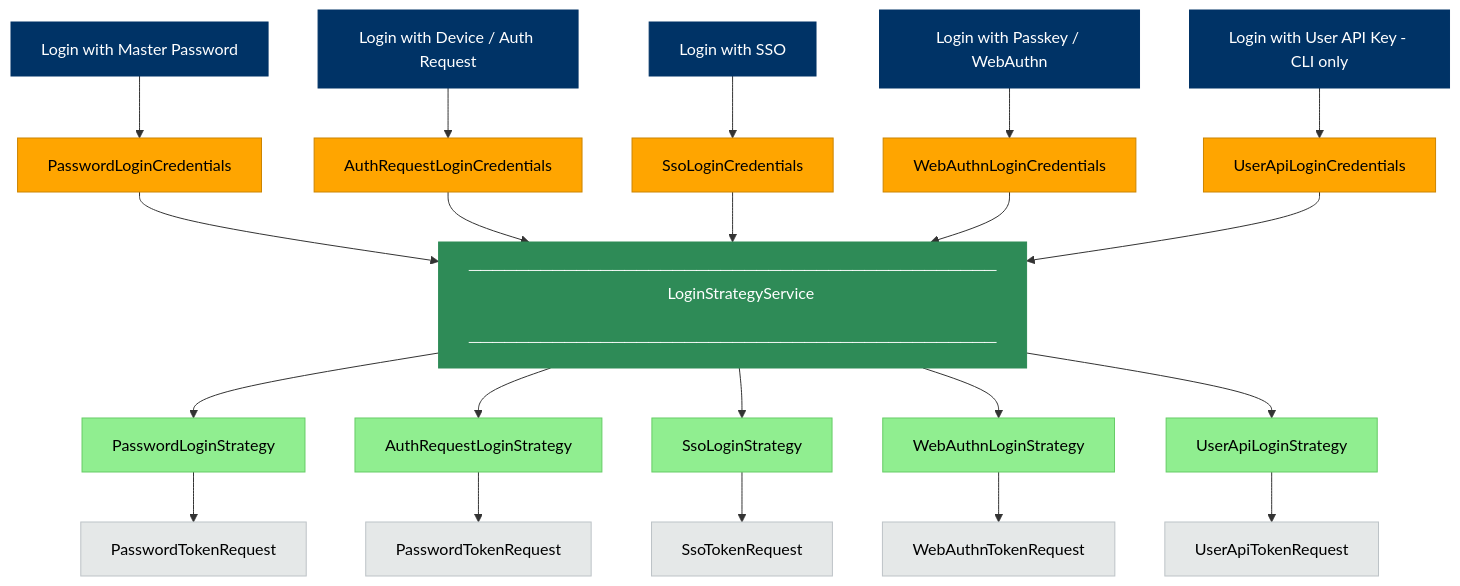
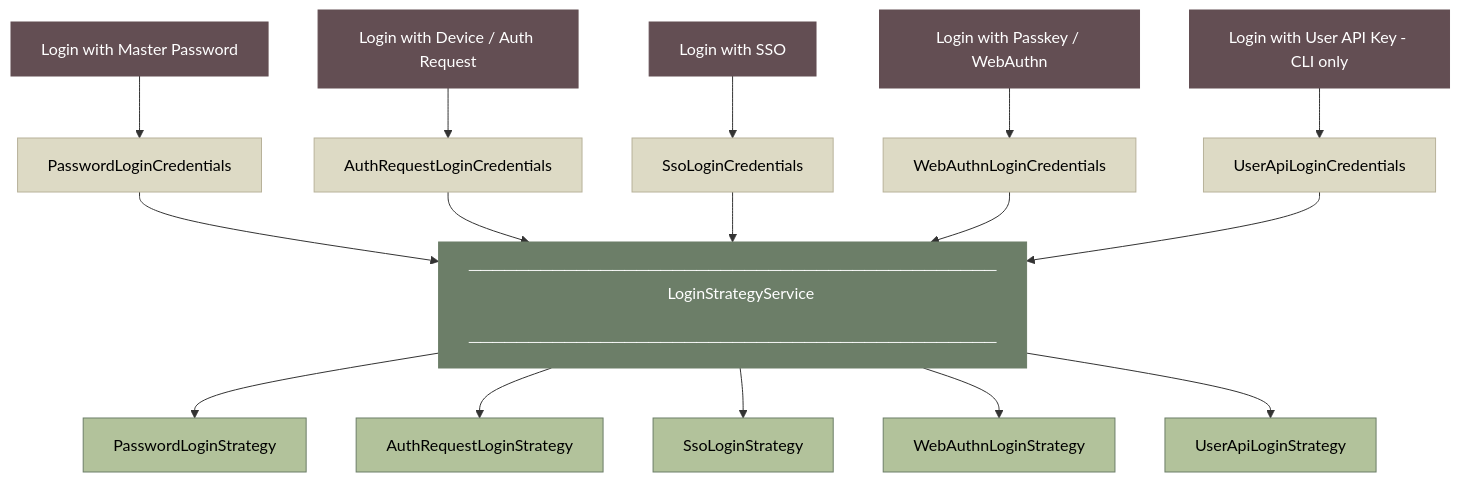
Before and after one commit to mort666/bw-clients: the first of 2 diagrams in libs/auth/src/common/login-strategies/README.md, drawn with Mermaid. The commit also changed other lines of this file and 1 other file, not shown here.

Commit message:
update diagrams and docs

````diff
--- a/libs/auth/src/common/login-strategies/README.md
+++ b/libs/auth/src/common/login-strategies/README.md
@@ -116,13 +117,6 @@
     D4[WebAuthnLoginStrategy]
     D5[UserApiLoginStrategy]
 
-    %% Fifth row: Token Request objects
-    E1[PasswordTokenRequest]
-    E2[PasswordTokenRequest]
-    E3[SsoTokenRequest]
-    E4[WebAuthnTokenRequest]
-    E5[UserApiTokenRequest]
-
     %% Align rows and arrows
     A1 --> B1
     A2 --> B2
@@ -142,40 +136,27 @@
     C --> D4
     C --> D5
 
-    D1 --> E1
-    D2 --> E2
-    D3 --> E3
-    D4 --> E4
-    D5 --> E5
+    %% Style login method boxes (#634E53 deep plum, white text)
+    style A1 fill:#634E53,stroke:#634E53,color:#FFFFFF
+    style A2 fill:#634E53,stroke:#634E53,color:#FFFFFF
+    style A3 fill:#634E53,stroke:#634E53,color:#FFFFFF
+    style A4 fill:#634E53,stroke:#634E53,color:#FFFFFF
+    style A5 fill:#634E53,stroke:#634E53,color:#FFFFFF
 
-    %% Style login method boxes (navy background, white text)
-    style A1 fill:#003366,stroke:#003366,color:#FFFFFF
-    style A2 fill:#003366,stroke:#003366,color:#FFFFFF
-    style A3 fill:#003366,stroke:#003366,color:#FFFFFF
-    style A4 fill:#003366,stroke:#003366,color:#FFFFFF
-    style A5 fill:#003366,stroke:#003366,color:#FFFFFF
+    %% Style credentials boxes (#DDDAC5 cream, black text)
+    style B1 fill:#DDDAC5,stroke:#B8B29A,color:#000000
+    style B2 fill:#DDDAC5,stroke:#B8B29A,color:#000000
+    style B3 fill:#DDDAC5,stroke:#B8B29A,color:#000000
+    style B4 fill:#DDDAC5,stroke:#B8B29A,color:#000000
+    style B5 fill:#DDDAC5,stroke:#B8B29A,color:#000000
 
-    %% Style credentials object boxes (orange background, black text)
-    style B1 fill:#FFA500,stroke:#CC8400,color:#000000
-    style B2 fill:#FFA500,stroke:#CC8400,color:#000000
-    style B3 fill:#FFA500,stroke:#CC8400,color:#000000
-    style B4 fill:#FFA500,stroke:#CC8400,color:#000000
-    style B5 fill:#FFA500,stroke:#CC8400,color:#000000
+    %% Style LoginStrategyService banner (#6C7E68 muted forest green, white text)
+    style C fill:#6C7E68,stroke:#6C7E68,color:#FFFFFF
 
-    %% Style LoginStrategyService banner (dark green background, white text)
-    style C fill:#2E8B57,stroke:#2E8B57,color:#FFFFFF
-
-    %% Style login strategy boxes (lighter green background, black text)
-    style D1 fill:#90EE90,stroke:#66CC66,color:#000000
-    style D2 fill:#90EE90,stroke:#66CC66,color:#000000
-    style D3 fill:#90EE90,stroke:#66CC66,color:#000000
-    style D4 fill:#90EE90,stroke:#66CC66,color:#000000
-    style D5 fill:#90EE90,stroke:#66CC66,color:#000000
-
-    %% Style token request boxes (light gray background, black text)
-    style E1 fill:#E5E8E8,stroke:#BDC3C7,color:#000000
-    style E2 fill:#E5E8E8,stroke:#BDC3C7,color:#000000
-    style E3 fill:#E5E8E8,stroke:#BDC3C7,color:#000000
-    style E4 fill:#E5E8E8,stroke:#BDC3C7,color:#000000
-    style E5 fill:#E5E8E8,stroke:#BDC3C7,color:#000000
+    %% Style login strategy boxes (#B2C29B soft sage green, black text)
+    style D1 fill:#B2C29B,stroke:#6C7E68,color:#000000
+    style D2 fill:#B2C29B,stroke:#6C7E68,color:#000000
+    style D3 fill:#B2C29B,stroke:#6C7E68,color:#000000
+    style D4 fill:#B2C29B,stroke:#6C7E68,color:#000000
+    style D5 fill:#B2C29B,stroke:#6C7E68,color:#000000
 ```
````
